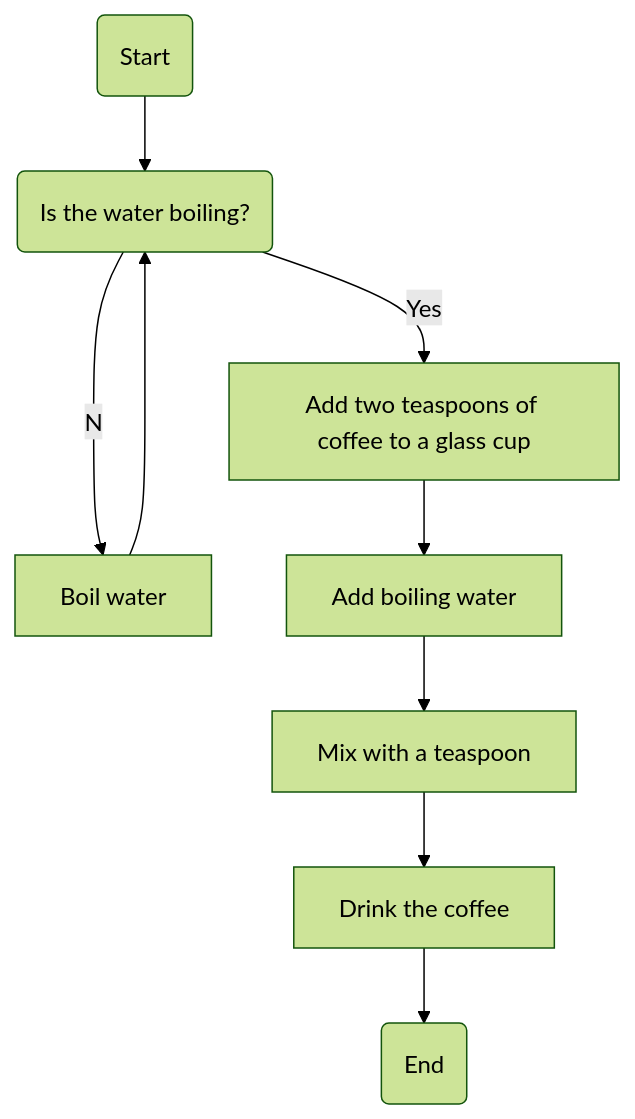
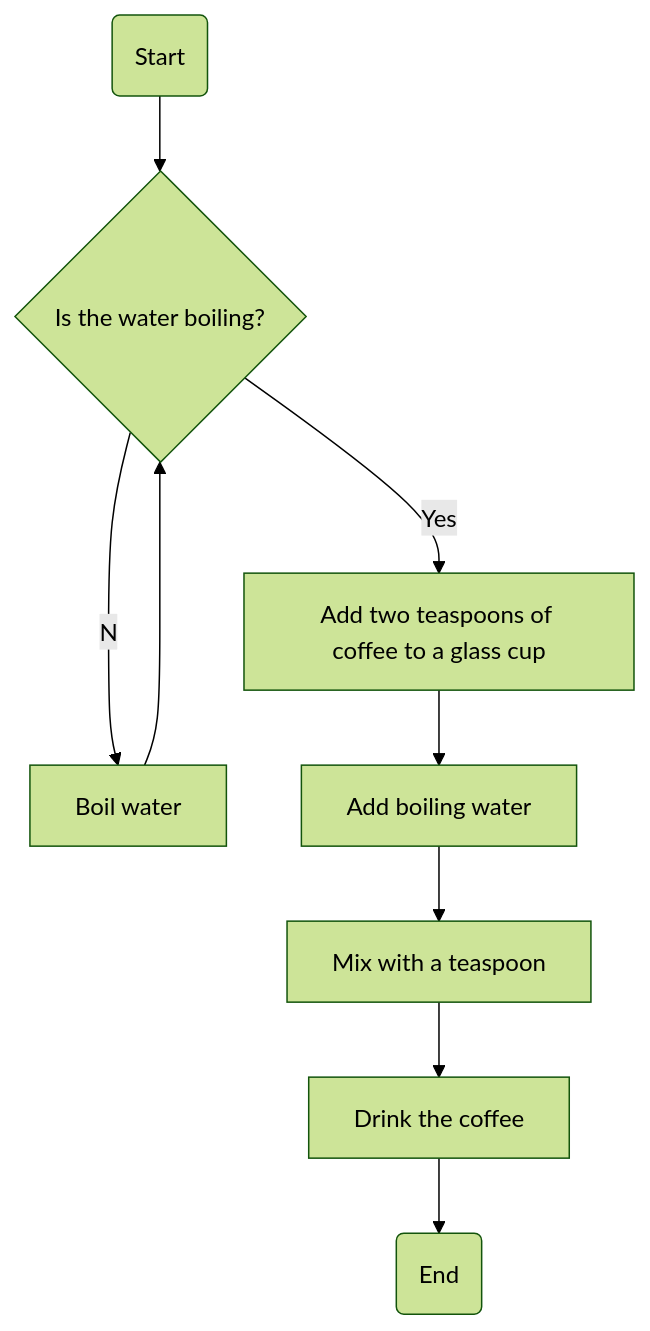
One commit to yusale9/student-showcase changed the diagram in student-work/2022/Amichai-Klipstein/diagrams.md. Above: the diagram before and after it, drawn with Mermaid (forest theme).

````diff
--- a/student-work/2022/Amichai-Klipstein/diagrams.md
+++ b/student-work/2022/Amichai-Klipstein/diagrams.md
@@ -2,11 +2,11 @@
 ```mermaid
   graph TD;
-      A(Start)-->B(Is the water boiling?);  
+      A(Start)-->B{Is the water boiling?};  
       B--Yes-->C[Add two teaspoons of coffee to a glass cup];
       B--No-->D[Boil water];
       D-->B;
       C-->E[Add boiling water];
       E-->F[Mix with a teaspoon];
       F-->G[Drink the coffee];
       G-->H(End);
 ```
````
